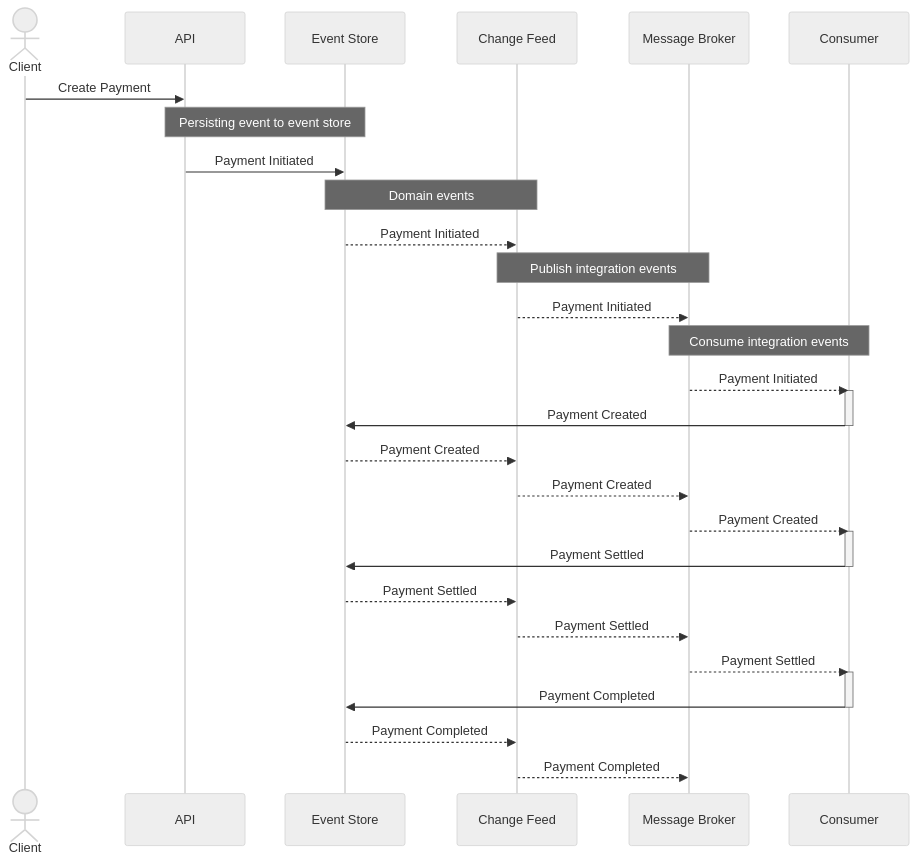
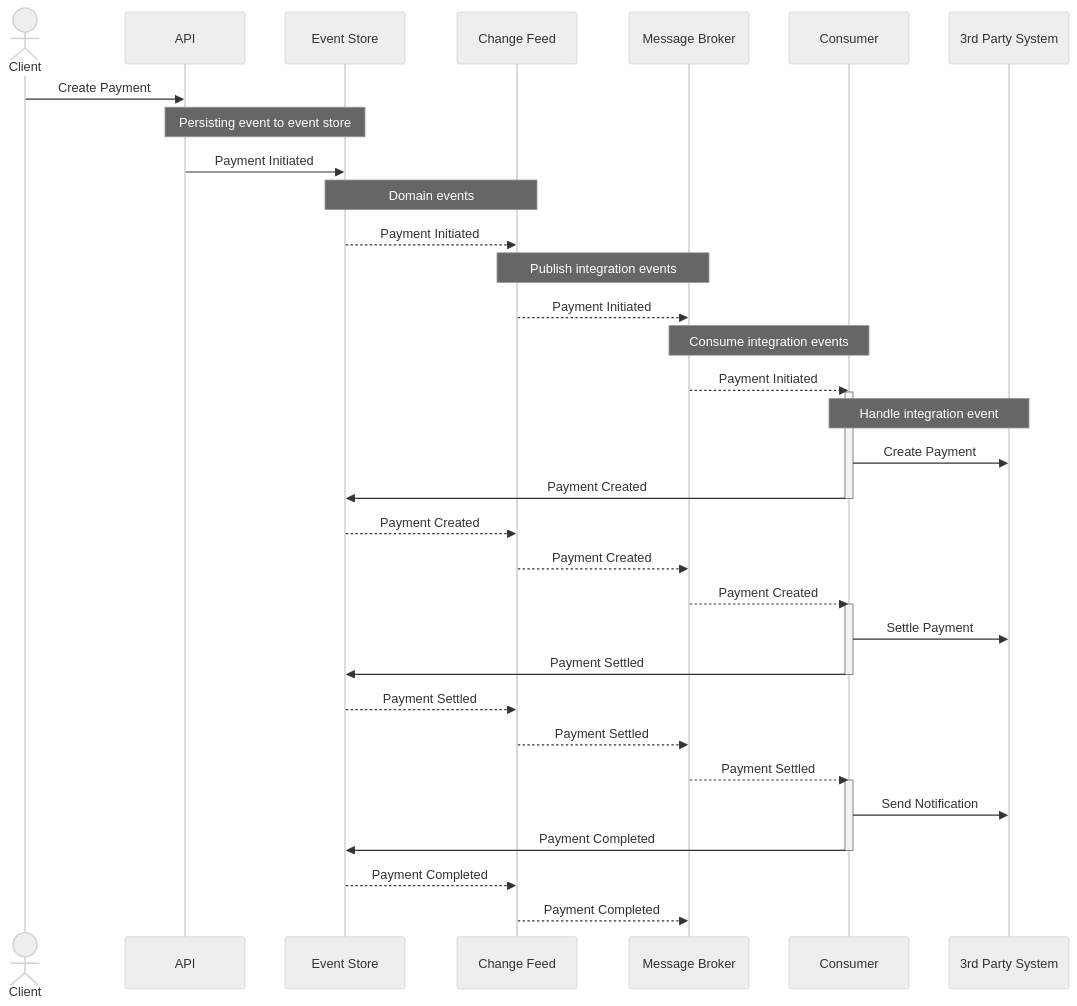
Before and after one commit to reggieray/regis-pay: the diagram in README.md, drawn with Mermaid (neutral theme).

Commit message:
Update diagram

````diff
--- a/README.md
+++ b/README.md
@@ -21,30 +21,34 @@
 ```mermaid
 sequenceDiagram
 actor Client
 Client->> API: Create Payment
 Note over API,Event Store: Persisting event to event store
 API->>Event Store: Payment Initiated
 Note over Event Store, Change Feed: Domain events
 Event Store-->>Change Feed: Payment Initiated
 Note over Change Feed, Message Broker: Publish integration events
 Change Feed-->>Message Broker: Payment Initiated
 Note over Message Broker, Consumer: Consume integration events
 Message Broker-->>Consumer: Payment Initiated
 activate Consumer
+Note over Consumer, 3rd Party System: Handle integration event
+Consumer->> 3rd Party System: Create Payment
 Consumer->> Event Store: Payment Created
 deactivate Consumer
 Event Store-->>Change Feed: Payment Created
 Change Feed-->>Message Broker: Payment Created
 Message Broker-->>Consumer: Payment Created
 activate Consumer
+Consumer->> 3rd Party System: Settle Payment
 Consumer->> Event Store: Payment Settled
 deactivate Consumer
 Event Store-->>Change Feed: Payment Settled
 Change Feed-->>Message Broker: Payment Settled
 Message Broker-->>Consumer: Payment Settled
 activate Consumer
+Consumer->> 3rd Party System: Send Notification
 Consumer->> Event Store: Payment Completed
 deactivate Consumer
 Event Store-->>Change Feed: Payment Completed
 Change Feed-->>Message Broker: Payment Completed
 ```
````
